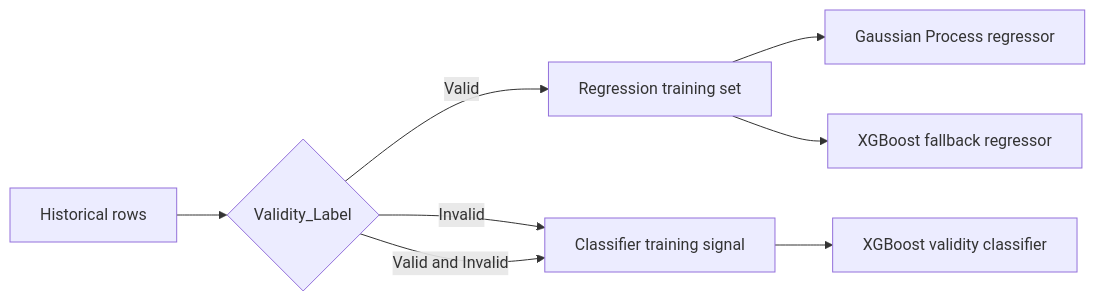
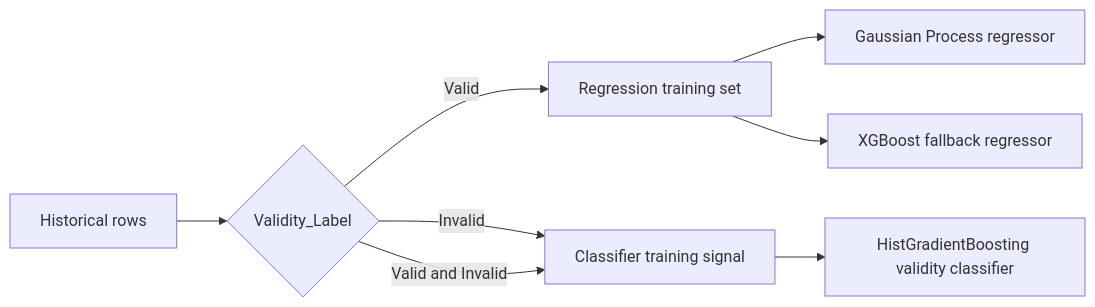
One commit to sharathprime10-coder/mit_hack changed the second of 2 diagrams in ARCHITECTURE.md. Above: the diagram before and after it, drawn with Mermaid. The commit also changed other lines of this file and 2 other files, not shown here.

Commit message:
Polish Anveshan release package

````diff
--- a/ARCHITECTURE.md
+++ b/ARCHITECTURE.md
@@ -45,10 +45,10 @@
 ```mermaid
 flowchart LR
     A[Historical rows] --> B{Validity_Label}
     B -->|Valid| C[Regression training set]
     B -->|Invalid| D[Classifier training signal]
     B -->|Valid and Invalid| D
     C --> E[Gaussian Process regressor]
     C --> F[XGBoost fallback regressor]
-    D --> G[XGBoost validity classifier]
+    D --> G[HistGradientBoosting validity classifier]
 ```
````
